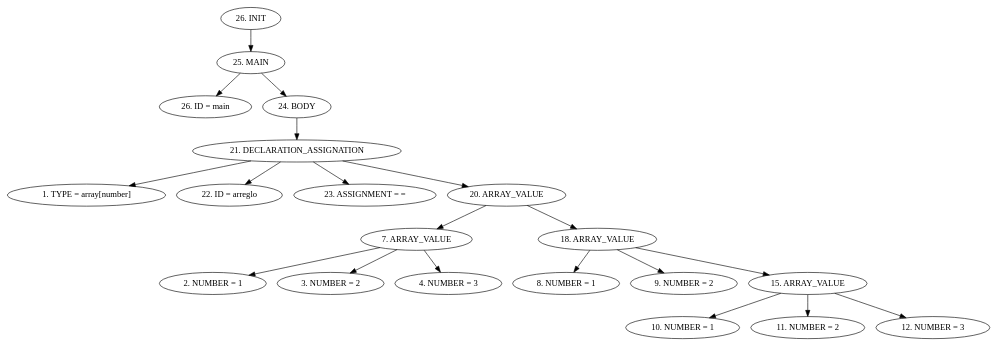
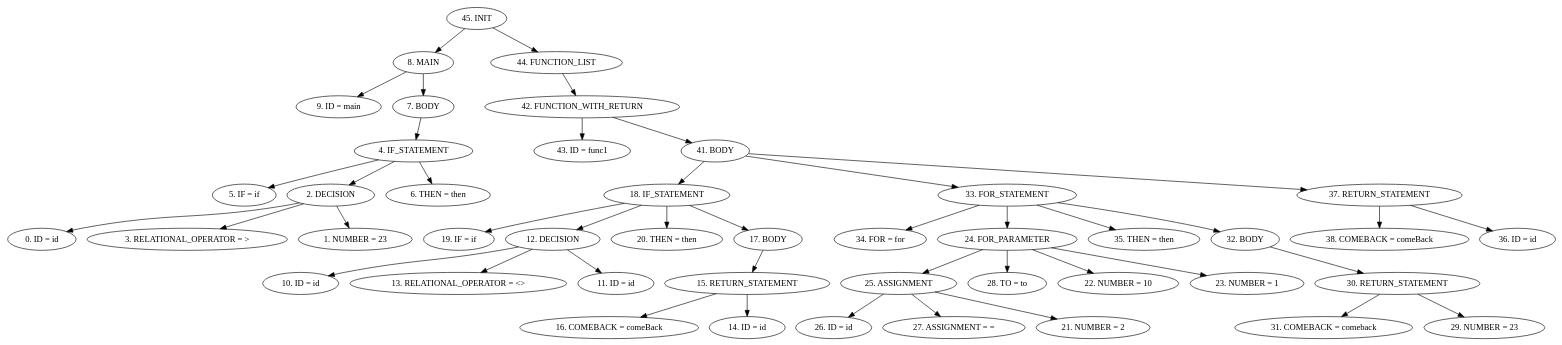
The diagram in src/AST/AST.dot (Carlosvhz/compiladores_proyecto), drawn with Graphviz before and after one commit. The commit also changed 5 other files, not shown here.

```diff
--- a/src/AST/AST.dot
+++ b/src/AST/AST.dot
@@ -1,23 +1,47 @@
 digraph G {
-"26. INIT"->"25. MAIN"
-"25. MAIN"->"26. ID = main"
-"25. MAIN"->"24. BODY"
-"24. BODY"->"21. DECLARATION_ASSIGNATION"
-"21. DECLARATION_ASSIGNATION"->"1. TYPE = array[number]"
-"21. DECLARATION_ASSIGNATION"->"22. ID = arreglo"
-"21. DECLARATION_ASSIGNATION"->"23. ASSIGNMENT = ="
-"21. DECLARATION_ASSIGNATION"->"20. ARRAY_VALUE"
-"20. ARRAY_VALUE"->"7. ARRAY_VALUE"
-"7. ARRAY_VALUE"->"2. NUMBER = 1"
-"7. ARRAY_VALUE"->"3. NUMBER = 2"
-"7. ARRAY_VALUE"->"4. NUMBER = 3"
-"20. ARRAY_VALUE"->"18. ARRAY_VALUE"
-"18. ARRAY_VALUE"->"8. NUMBER = 1"
-"18. ARRAY_VALUE"->"9. NUMBER = 2"
-"18. ARRAY_VALUE"->"15. ARRAY_VALUE"
-"15. ARRAY_VALUE"->"10. NUMBER = 1"
-"15. ARRAY_VALUE"->"11. NUMBER = 2"
-"15. ARRAY_VALUE"->"12. NUMBER = 3"
+"45. INIT"->"8. MAIN"
+"8. MAIN"->"9. ID = main"
+"8. MAIN"->"7. BODY"
+"7. BODY"->"4. IF_STATEMENT"
+"4. IF_STATEMENT"->"5. IF = if"
+"4. IF_STATEMENT"->"2. DECISION"
+"2. DECISION"->"0. ID = id"
+"2. DECISION"->"3. RELATIONAL_OPERATOR = >"
+"2. DECISION"->"1. NUMBER = 23"
+"4. IF_STATEMENT"->"6. THEN = then"
+"45. INIT"->"44. FUNCTION_LIST"
+"44. FUNCTION_LIST"->"42. FUNCTION_WITH_RETURN"
+"42. FUNCTION_WITH_RETURN"->"43. ID = func1"
+"42. FUNCTION_WITH_RETURN"->"41. BODY"
+"41. BODY"->"18. IF_STATEMENT"
+"18. IF_STATEMENT"->"19. IF = if"
+"18. IF_STATEMENT"->"12. DECISION"
+"12. DECISION"->"10. ID = id"
+"12. DECISION"->"13. RELATIONAL_OPERATOR = <>"
+"12. DECISION"->"11. ID = id"
+"18. IF_STATEMENT"->"20. THEN = then"
+"18. IF_STATEMENT"->"17. BODY"
+"17. BODY"->"15. RETURN_STATEMENT"
+"15. RETURN_STATEMENT"->"16. COMEBACK = comeBack"
+"15. RETURN_STATEMENT"->"14. ID = id"
+"41. BODY"->"33. FOR_STATEMENT"
+"33. FOR_STATEMENT"->"34. FOR = for"
+"33. FOR_STATEMENT"->"24. FOR_PARAMETER"
+"24. FOR_PARAMETER"->"25. ASSIGNMENT"
+"25. ASSIGNMENT"->"26. ID = id"
+"25. ASSIGNMENT"->"27. ASSIGNMENT = ="
+"25. ASSIGNMENT"->"21. NUMBER = 2"
+"24. FOR_PARAMETER"->"28. TO = to"
+"24. FOR_PARAMETER"->"22. NUMBER = 10"
+"24. FOR_PARAMETER"->"23. NUMBER = 1"
+"33. FOR_STATEMENT"->"35. THEN = then"
+"33. FOR_STATEMENT"->"32. BODY"
+"32. BODY"->"30. RETURN_STATEMENT"
+"30. RETURN_STATEMENT"->"31. COMEBACK = comeback"
+"30. RETURN_STATEMENT"->"29. NUMBER = 23"
+"41. BODY"->"37. RETURN_STATEMENT"
+"37. RETURN_STATEMENT"->"38. COMEBACK = comeBack"
+"37. RETURN_STATEMENT"->"36. ID = id"
 
 
 }
```
